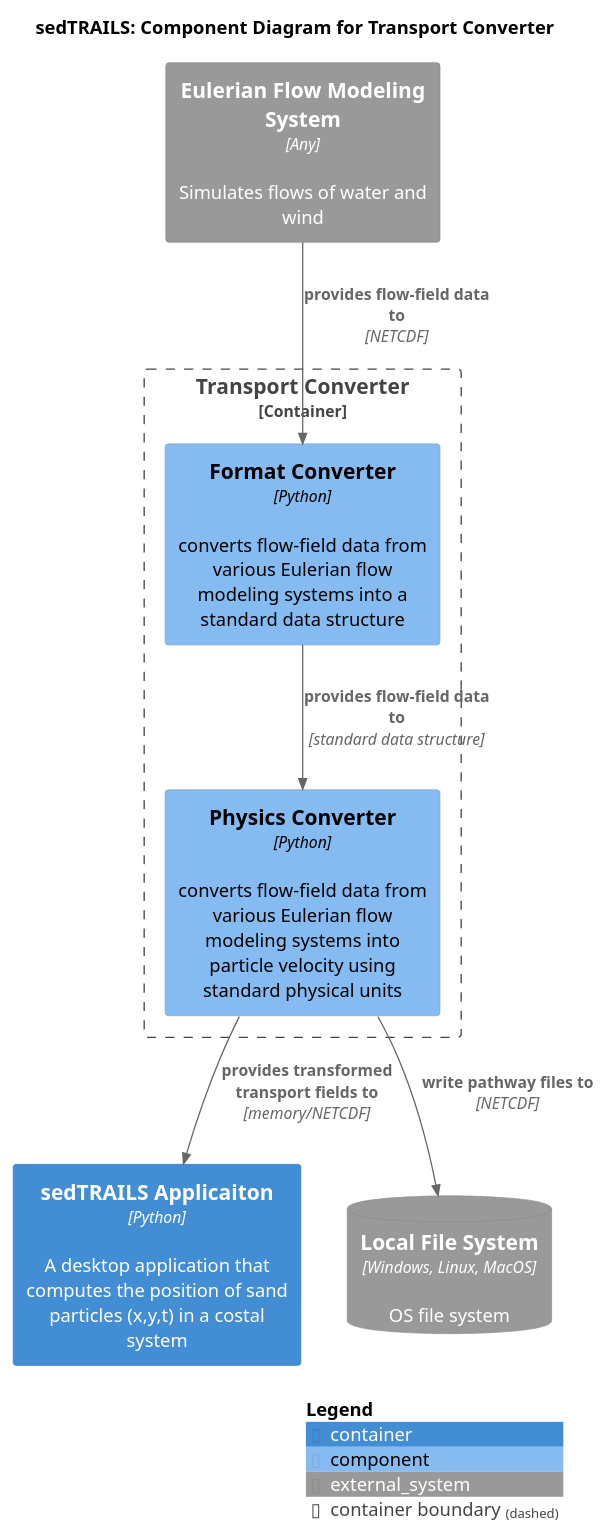
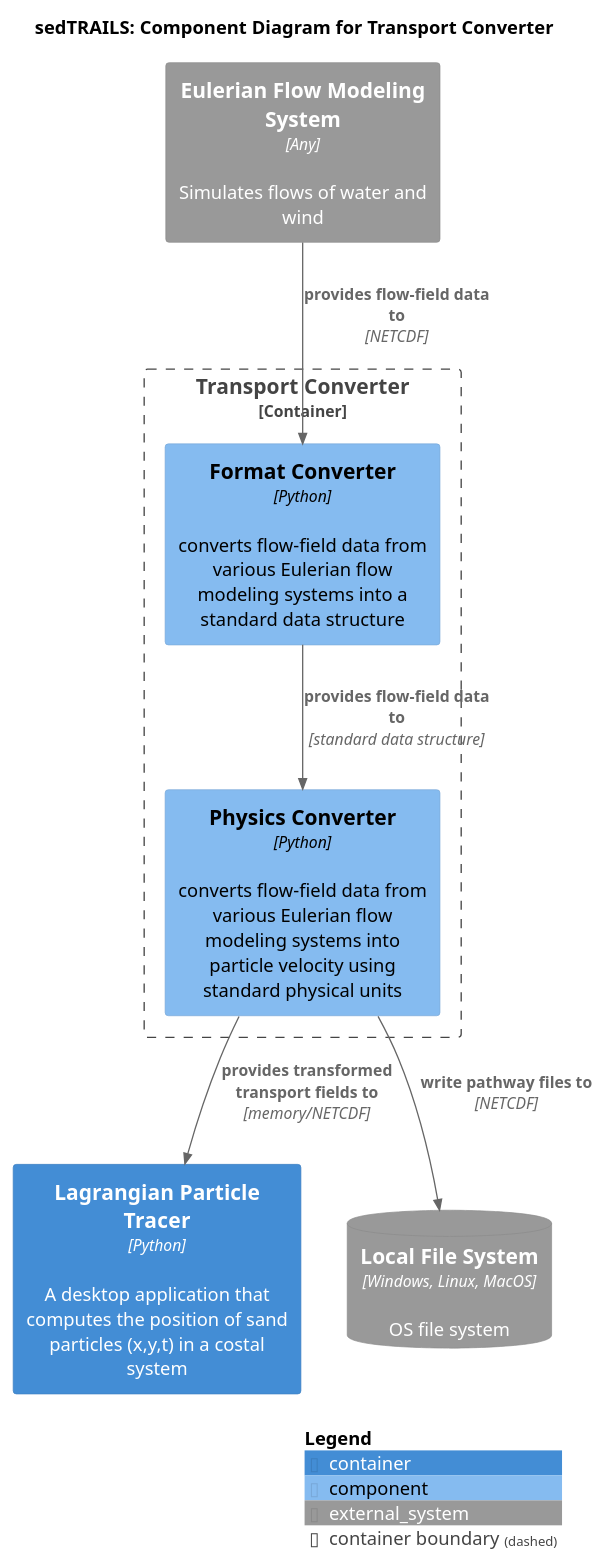
Before and after one commit to sgpearson17/sedtrails-sgp: the diagram in diagrams/componets-transport-converter.puml, drawn with PlantUML.

Commit message:
rename component diagram for Lagrangian Particle Tracer and update relationships

```diff
--- a/diagrams/componets-transport-converter.puml
+++ b/diagrams/componets-transport-converter.puml
@@ -1,30 +1,30 @@
 @startuml SedtrailComponent
 ' !include <C4/C4_Container>
 
 !include https://raw.githubusercontent.com/plantuml-stdlib/C4-PlantUML/master/C4_Component.puml
 
 ' LAYOUT_LANDSCAPE()
 
 title sedTRAILS: Component Diagram for Transport Converter
 ' scale 2
 
 Container_Boundary(transportConverter, "Transport Converter"){ 
     Component(formatConverter, "Format Converter", "Python", "converts flow-field data from various Eulerian flow modeling systems into a standard data structure")
     Component(physicsConverter, "Physics Converter", "Python", "converts flow-field data from various Eulerian flow modeling systems into particle velocity using standard physical units")
         
     Rel(formatConverter, physicsConverter, "provides flow-field data to", "standard data structure")
 }
 
-Container(sedtrailsApp, "sedTRAILS Applicaiton", "Python", "A desktop application that computes the position of sand particles (x,y,t) in a costal system")
+Container(particleTracer, "Lagrangian Particle Tracer", "Python", "A desktop application that computes the position of sand particles (x,y,t) in a costal system")
 
 System_Ext(flowSystem, "Eulerian Flow Modeling System", "Simulates flows of water and wind", $type="Any")
 SystemDb_Ext(fileSystem, "Local File System", "OS file system", $type="Windows, Linux, MacOS")
 
-Rel(physicsConverter, sedtrailsApp, "provides transformed transport fields to", "memory/NETCDF")
+Rel(physicsConverter, particleTracer, "provides transformed transport fields to", "memory/NETCDF")
 Rel(physicsConverter, fileSystem, "write pathway files to", "NETCDF")
 
 Rel(flowSystem, formatConverter, "provides flow-field data to ", "NETCDF")
 
 
 SHOW_LEGEND()
 @enduml
```
